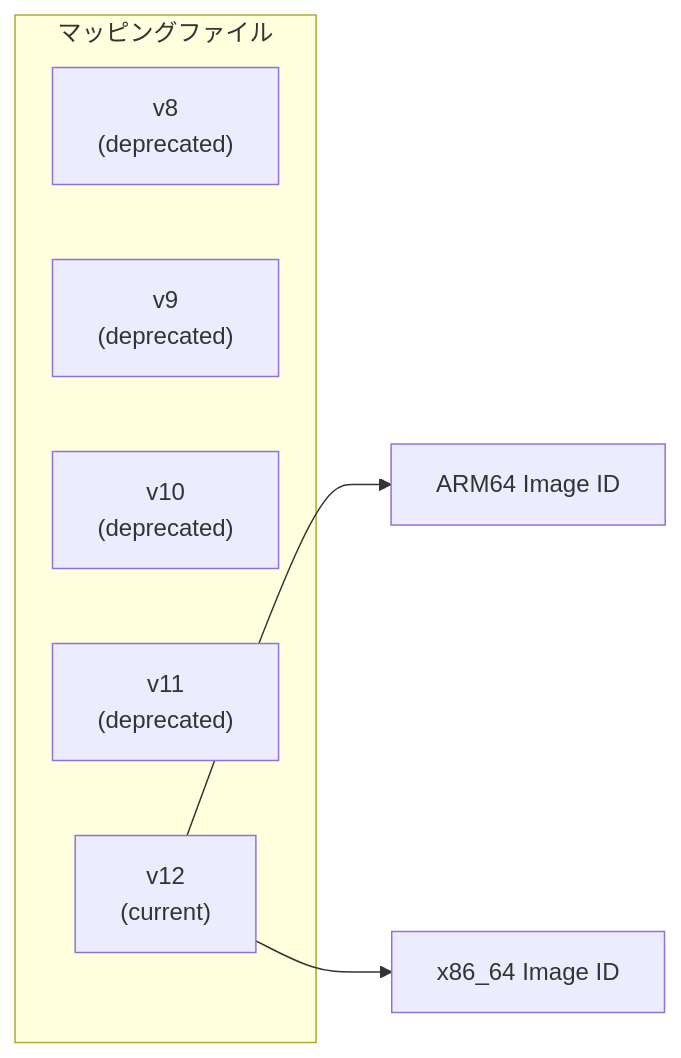
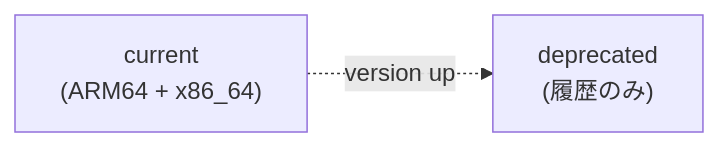
The second of 3 diagrams in public-book/src/zkvm/image-id.md (hwatanabe-jp/stark-ballot-simulator-public), drawn with Mermaid before and after one commit. The commit also changed other lines of this file and 200 other files, not shown here.

````diff
--- a/public-book/src/zkvm/image-id.md
+++ b/public-book/src/zkvm/image-id.md
@@ -78,13 +78,6 @@
 ```mermaid
 flowchart LR
-  subgraph マッピングファイル
-    V8["v8<br/>(deprecated)"]
-    V9["v9<br/>(deprecated)"]
-    V10["v10<br/>(deprecated)"]
-    V11["v11<br/>(deprecated)"]
-    V12["v12<br/>(current)"]
-  end
-
-  V12 --> ARM["ARM64 Image ID"]
-  V12 --> X86["x86_64 Image ID"]
+  CUR["current<br/>(ARM64 + x86_64)"]
+  DEP["deprecated<br/>(履歴のみ)"]
+  CUR -. version up .-> DEP
 ```
````
